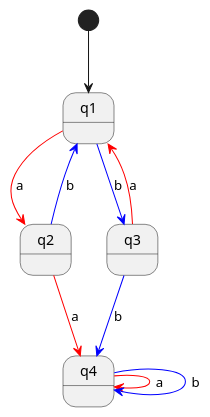
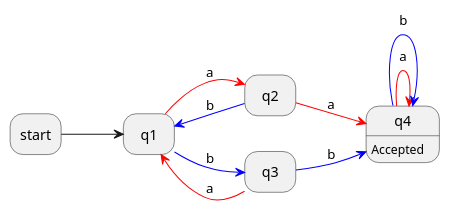
One commit to soyart/notes changed the second of 2 diagrams in pages/Theory of computation.md. Above: the diagram before and after it, drawn with PlantUML. The commit also changed other lines of this file and 4 other files, not shown here.

```diff
--- a/pages/Theory of computation.md
+++ b/pages/Theory of computation.md
@@ -196,18 +275,20 @@
 					  @startuml
-					  state start <<start>>
+					  left to right direction
+					  hide empty description
 					  
 					  start --> q1
 					  
 					  q1-[#red]->q2: a
 					  q1-[#blue]->q3: b
 					  
 					  q2-[#red]->q4: a
 					  q2-[#blue]->q1: b
 					  
 					  q3-[#red]->q1: a
 					  q3-[#blue]->q4: b
 					  
 					  q4-[#red]->q4: a
 					  q4-[#blue]->q4: b
+					  q4: Accepted
 					  
 					  @enduml
```
